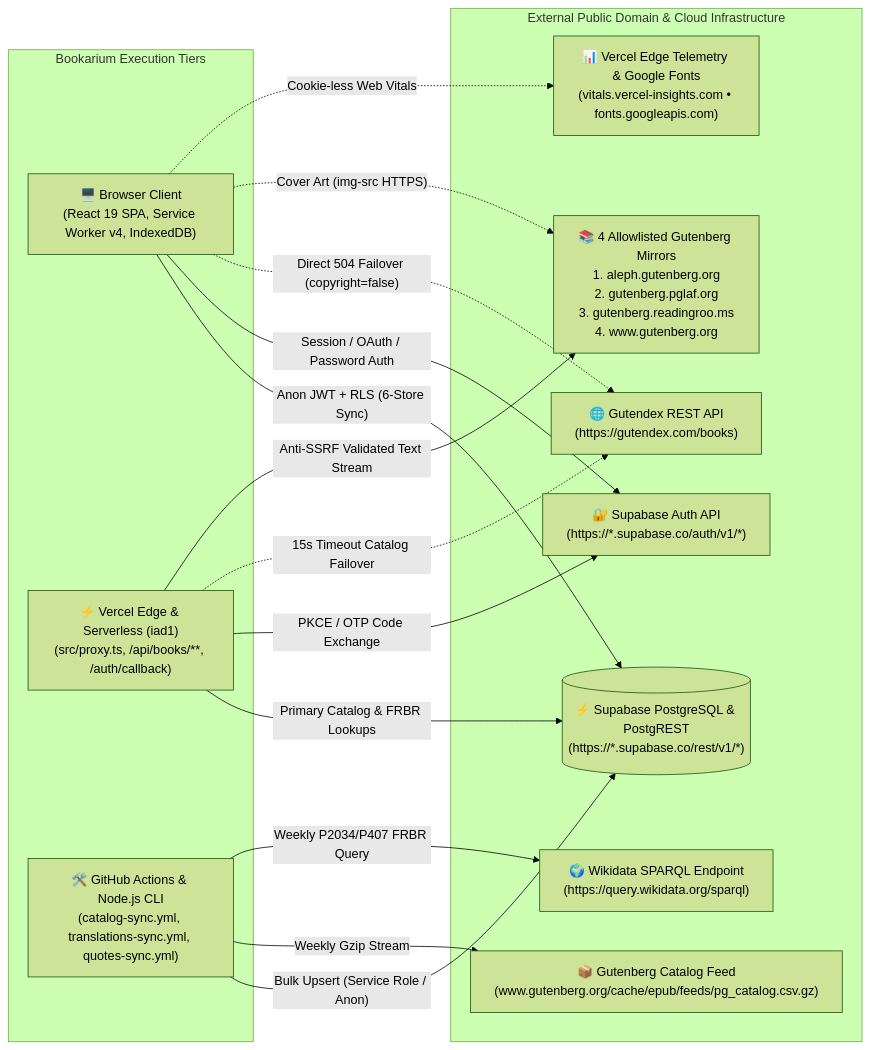
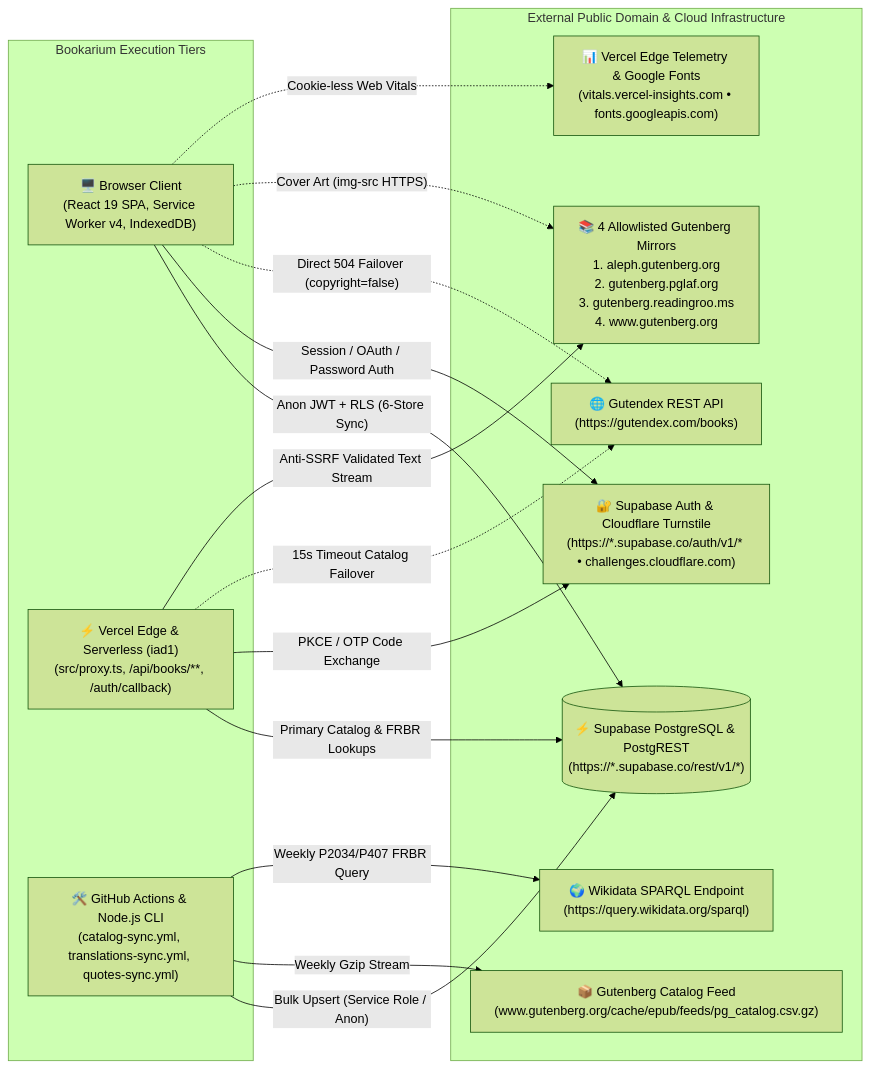
Before and after one commit to calin-m/Bookarium: the tenth of 12 diagrams in docs/ARCHITECTURE.md, drawn with Mermaid (forest theme). The commit also changed other lines of this file and 28 other files, not shown here.

````diff
--- a/docs/ARCHITECTURE.md
+++ b/docs/ARCHITECTURE.md
@@ -1444,31 +1444,31 @@
 ```mermaid
 flowchart LR
     subgraph BookariumRuntime ["Bookarium Execution Tiers"]
         BrowserTier["🖥️ Browser Client\n(React 19 SPA, Service Worker v4, IndexedDB)"]
         EdgeTier["⚡ Vercel Edge & Serverless (iad1)\n(src/proxy.ts, /api/books/**, /auth/callback)"]
         CLITier["🛠️ GitHub Actions & Node.js CLI\n(catalog-sync.yml, translations-sync.yml, quotes-sync.yml)"]
     end
 
     subgraph ExternalSystems ["External Public Domain & Cloud Infrastructure"]
         SupaDB[("⚡ Supabase PostgreSQL & PostgREST\n(https://*.supabase.co/rest/v1/*)")]
-        SupaAuth["🔐 Supabase Auth API\n(https://*.supabase.co/auth/v1/*)"]
+        SupaAuth["🔐 Supabase Auth & Cloudflare Turnstile\n(https://*.supabase.co/auth/v1/* • challenges.cloudflare.com)"]
         GutendexAPI["🌐 Gutendex REST API\n(https://gutendex.com/books)"]
         GutenbergMirrors["📚 4 Allowlisted Gutenberg Mirrors\n1. aleph.gutenberg.org\n2. gutenberg.pglaf.org\n3. gutenberg.readingroo.ms\n4. www.gutenberg.org"]
         GutenbergFeeds["📦 Gutenberg Catalog Feed\n(www.gutenberg.org/cache/epub/feeds/pg_catalog.csv.gz)"]
         WikidataAPI["🌍 Wikidata SPARQL Endpoint\n(https://query.wikidata.org/sparql)"]
         VercelRUM["📊 Vercel Edge Telemetry & Google Fonts\n(vitals.vercel-insights.com • fonts.googleapis.com)"]
     end
 
     BrowserTier -->|"Anon JWT + RLS (6-Store Sync)"| SupaDB
     BrowserTier -->|"Session / OAuth / Password Auth"| SupaAuth
     BrowserTier -.->|"Direct 504 Failover (copyright=false)"| GutendexAPI
     BrowserTier -.->|"Cover Art (img-src HTTPS)"| GutenbergMirrors
     BrowserTier -.->|"Cookie-less Web Vitals"| VercelRUM
     EdgeTier -->|"Primary Catalog & FRBR Lookups"| SupaDB
     EdgeTier -->|"PKCE / OTP Code Exchange"| SupaAuth
     EdgeTier -.->|"15s Timeout Catalog Failover"| GutendexAPI
     EdgeTier -->|"Anti-SSRF Validated Text Stream"| GutenbergMirrors
     CLITier -->|"Bulk Upsert (Service Role / Anon)"| SupaDB
     CLITier -->|"Weekly Gzip Stream"| GutenbergFeeds
     CLITier -->|"Weekly P2034/P407 FRBR Query"| WikidataAPI
 ```
````
